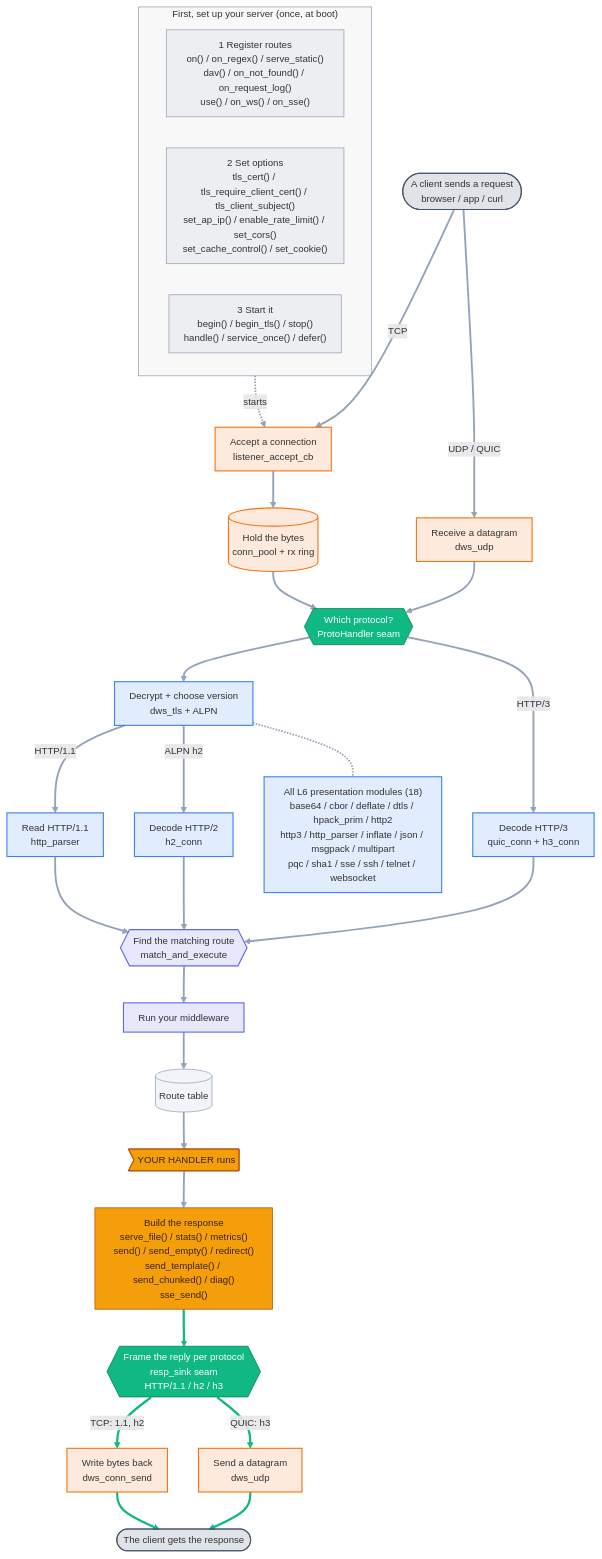
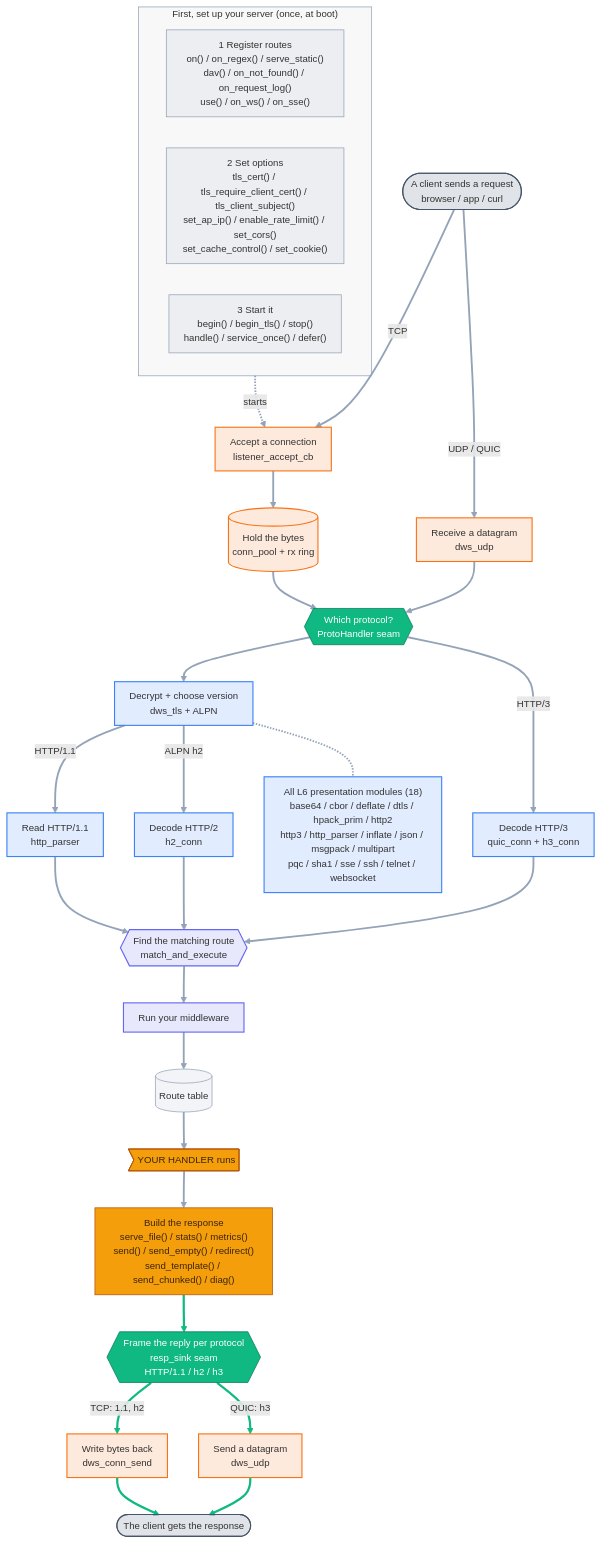
One commit to dstroy0/DeterministicESPAsyncWebServer changed the diagram in docs/diagrams/api_flow_detail.mmd. Above: the diagram before and after it, drawn with Mermaid. The commit also changed 8 other files, not shown here.

```diff
--- a/docs/diagrams/api_flow_detail.mmd
+++ b/docs/diagrams/api_flow_detail.mmd
@@ -1,71 +1,71 @@
 %%{init: {'themeVariables':{'fontFamily':'ui-sans-serif,system-ui,Segoe UI,Roboto,sans-serif','fontSize':'13px','lineColor':'#94a3b8'},'flowchart':{'curve':'basis','nodeSpacing':42,'rankSpacing':50,'padding':10,'useMaxWidth':true}}}%%
 flowchart TB
   %% Auto-generated from the public API, proto_builtins.cpp, and presentation/ on disk.
   subgraph SETUP["First, set up your server (once, at boot)"]
     direction LR
     reg["1 Register routes<br/>on() / on_regex() / serve_static()<br/>dav() / on_not_found() / on_request_log()<br/>use() / on_ws() / on_sse()"]
     cfg["2 Set options<br/>tls_cert() / tls_require_client_cert() / tls_client_subject()<br/>set_ap_ip() / enable_rate_limit() / set_cors()<br/>set_cache_control() / set_cookie()"]
     run["3 Start it<br/>begin() / begin_tls() / stop()<br/>handle() / service_once() / defer()"]
   end
 
   cin(["A client sends a request<br/>browser / app / curl"])
   listen["Accept a connection<br/>listener_accept_cb"]
   ring[("Hold the bytes<br/>conn_pool + rx ring")]
   udprx["Receive a datagram<br/>dws_udp"]
   seam{{"Which protocol?<br/>ProtoHandler seam<br/>"}}
   tls["Decrypt + choose version<br/>dws_tls + ALPN"]
   parser["Read HTTP/1.1<br/>http_parser"]
   h2["Decode HTTP/2<br/>h2_conn"]
   h3["Decode HTTP/3<br/>quic_conn + h3_conn"]
   mae{{"Find the matching route<br/>match_and_execute"}}
   mw["Run your middleware"]
   routes[("Route table")]
   handler>"YOUR HANDLER runs"]
-  resp["Build the response<br/>serve_file() / stats() / metrics()<br/>send() / send_empty() / redirect()<br/>send_template() / send_chunked() / diag()<br/>sse_send()"]
+  resp["Build the response<br/>serve_file() / stats() / metrics()<br/>send() / send_empty() / redirect()<br/>send_template() / send_chunked() / diag()"]
   sink{{"Frame the reply per protocol<br/>resp_sink seam<br/>HTTP/1.1 / h2 / h3"}}
   consend["Write bytes back<br/>dws_conn_send"]
   udptx["Send a datagram<br/>dws_udp"]
   cout(["The client gets the response"])
   mods["All L6 presentation modules (18)<br/>base64 / cbor / deflate / dtls / hpack_prim / http2<br/>http3 / http_parser / inflate / json / msgpack / multipart<br/>pqc / sha1 / sse / ssh / telnet / websocket"]
 
   run -.->|starts| listen
   cin ==>|TCP| listen
   listen --> ring
   ring --> seam
   cin ==>|UDP / QUIC| udprx
   udprx --> seam
   seam --> tls
   tls -->|HTTP/1.1| parser
   tls -->|ALPN h2| h2
   seam -->|HTTP/3| h3
   parser --> mae
   h2 --> mae
   h3 --> mae
   mae --> mw
   mw --> routes
   routes --> handler
   handler --> resp
   resp --> sink
   sink -->|TCP: 1.1, h2| consend
   sink -->|QUIC: h3| udptx
   consend ==> cout
   udptx ==> cout
   tls -.- mods
 
   class cin,cout ext;
   class reg,cfg,run,routes setup;
   class listen,ring,udprx,udptx,consend l4;
   class seam,sink seam;
   class tls,parser,h2,h3,mods l6;
   class mae,mw l7;
   class handler,resp you;
   classDef ext fill:#64748b33,stroke:#475569,stroke-width:1.5px;
   classDef setup fill:#94a3b81f,stroke:#94a3b8;
   classDef l4 fill:#f9731626,stroke:#f97316,stroke-width:1.5px;
   classDef seam fill:#10b981,stroke:#047857,color:#ffffff;
   classDef l6 fill:#3b82f626,stroke:#3b82f6,stroke-width:1.5px;
   classDef l7 fill:#6366f126,stroke:#6366f1,stroke-width:1.5px;
   classDef you fill:#f59e0b,stroke:#b45309,color:#3b2508;
   style SETUP fill:#8888880f,stroke:#94a3b8,stroke-width:1px;
   linkStyle default stroke-width:2.5px;
   linkStyle 17,18,19,20,21 stroke:#10b981,stroke-width:3px;
```
